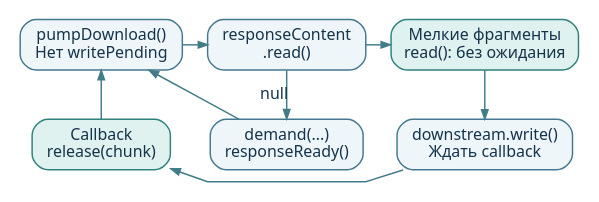
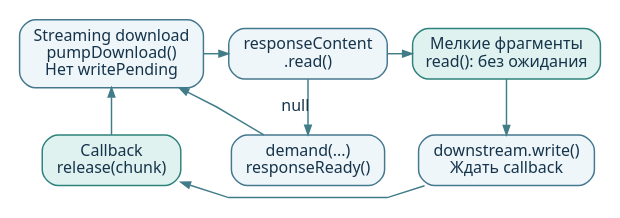
The diagram in jetty-client-example/docs/diagrams/download.dot (AlFlanker/NettyPet), drawn with Graphviz before and after one commit. The commit also changed 17 other files, not shown here.

```diff
--- a/jetty-client-example/docs/diagrams/download.dot
+++ b/jetty-client-example/docs/diagrams/download.dot
@@ -1,24 +1,24 @@
 digraph download {
   graph [rankdir=LR, bgcolor="white", pad="0.10", nodesep="0.25", ranksep="0.24", splines=polyline];
   node [shape=box, style="rounded,filled", fontname="Noto Sans", fontsize=12, fontcolor="#15344B", fillcolor="#EFF6FA", color="#45788F", penwidth=1.1, margin="0.14,0.09"];
   edge [color="#417C89", penwidth=1.1, arrowsize=0.7, fontname="Noto Sans", fontsize=12, fontcolor="#15344B"];
 
-  pump [label="pumpDownload()\nНет writePending"];
+  pump [label="Streaming download\npumpDownload()\nНет writePending"];
   read [label="responseContent\n.read()"];
   batch [label="Мелкие фрагменты\nread(): без ожидания", fillcolor="#E0F2EF", color="#2D827B"];
   write [label="downstream.write()\nЖдать callback"];
   callback [label="Callback\nrelease(chunk)", fillcolor="#E0F2EF", color="#2D827B"];
   demand [label="demand(...)\nresponseReady()"];
 
   { rank=same; pump; callback; }
   { rank=same; read; demand; }
   { rank=same; batch; write; }
   pump -> read;
   read -> batch;
   batch -> write [constraint=false];
   write -> callback [constraint=false];
   callback -> pump [constraint=false];
   read -> demand [constraint=false, label="null"];
   demand -> pump [constraint=false];
   callback -> demand -> write [style=invis, weight=10];
 }
```
